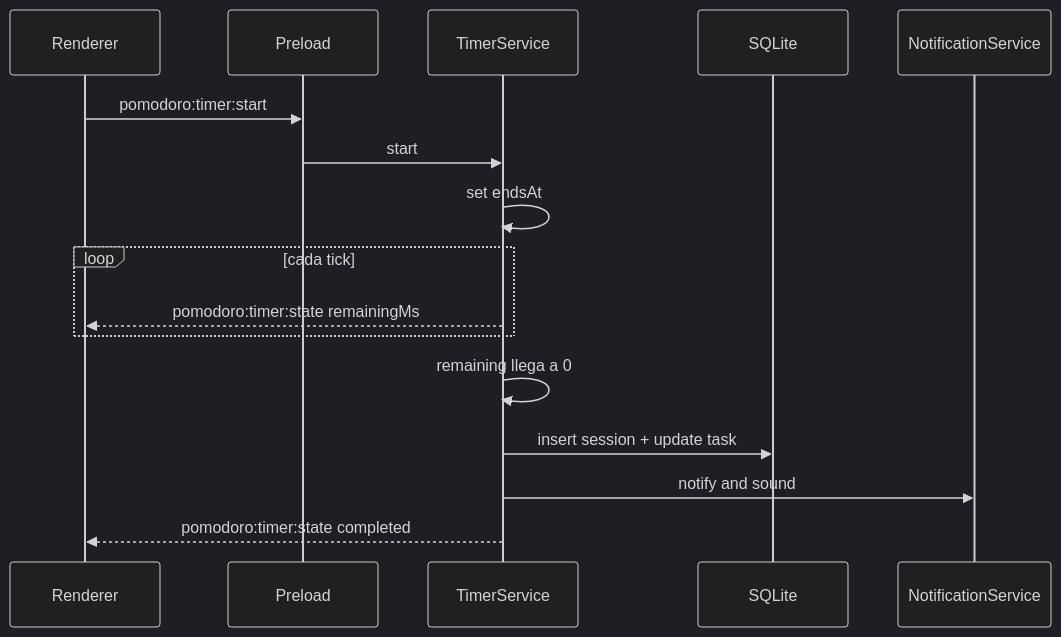
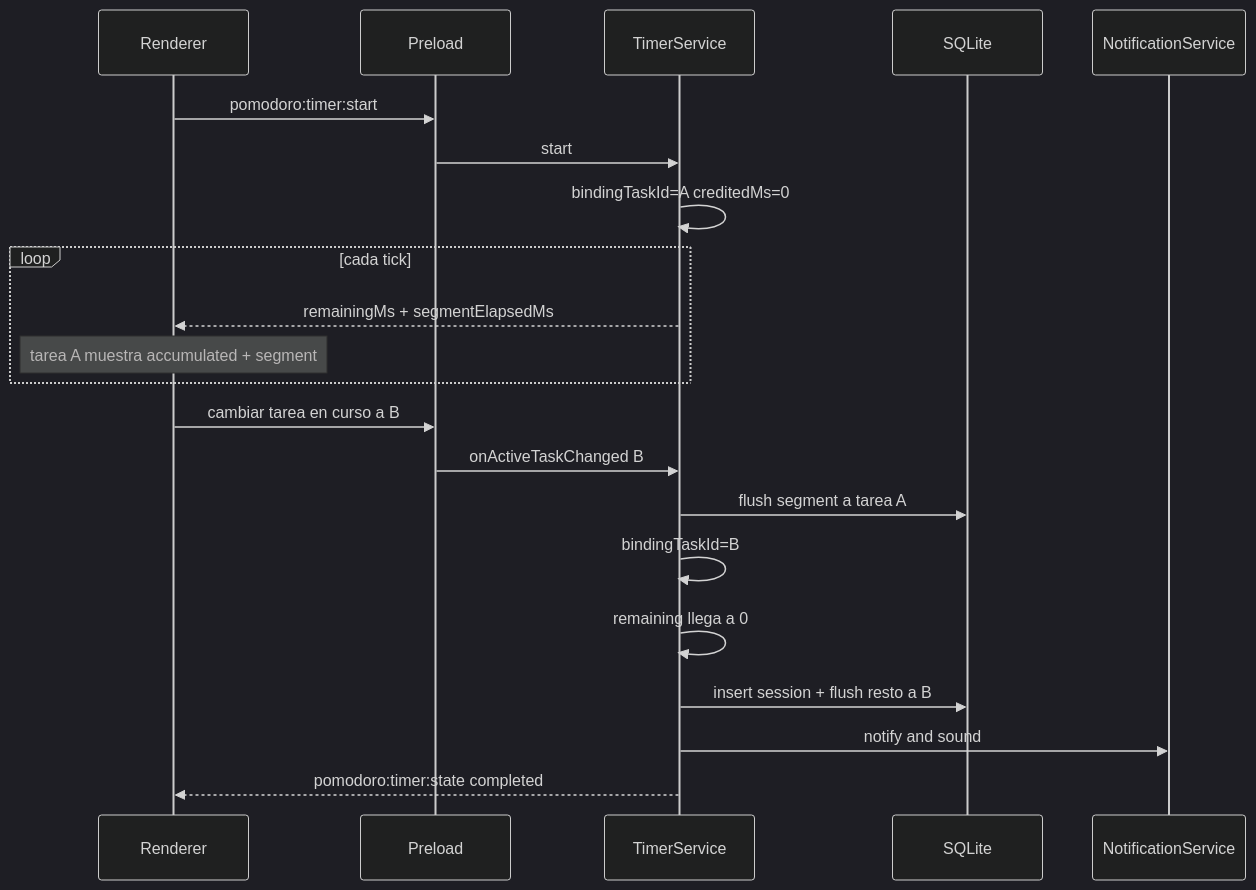
The fifth of 5 diagrams in documentos/03 diseño-arquitectura.md (Edwardmamani/pomodoro), drawn with Mermaid (dark theme) before and after one commit. The commit also changed other lines of this file and 6 other files, not shown here.

````diff
--- a/documentos/03 diseño-arquitectura.md
+++ b/documentos/03 diseño-arquitectura.md
@@ -268,19 +283,24 @@
 ```mermaid
 sequenceDiagram
   participant UI as Renderer
   participant API as Preload
   participant T as TimerService
   participant DB as SQLite
   participant N as NotificationService
 
   UI->>API: pomodoro:timer:start
   API->>T: start
-  T->>T: set endsAt
+  T->>T: bindingTaskId=A creditedMs=0
   loop cada tick
-    T-->>UI: pomodoro:timer:state remainingMs
+    T-->>UI: remainingMs + segmentElapsedMs
+    Note over UI: tarea A muestra accumulated + segment
   end
+  UI->>API: cambiar tarea en curso a B
+  API->>T: onActiveTaskChanged B
+  T->>DB: flush segment a tarea A
+  T->>T: bindingTaskId=B
   T->>T: remaining llega a 0
-  T->>DB: insert session + update task
+  T->>DB: insert session + flush resto a B
   T->>N: notify and sound
   T-->>UI: pomodoro:timer:state completed
 ```
````
